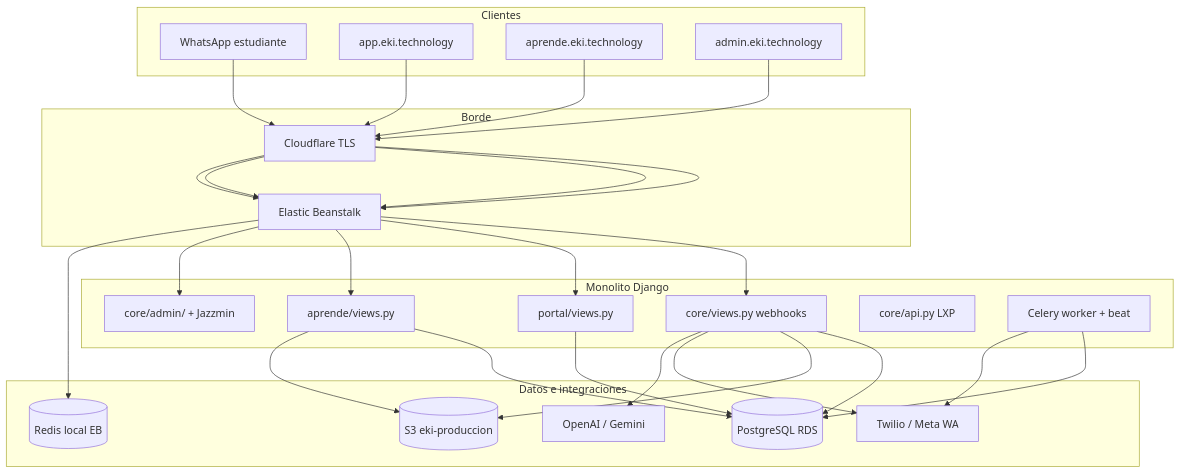
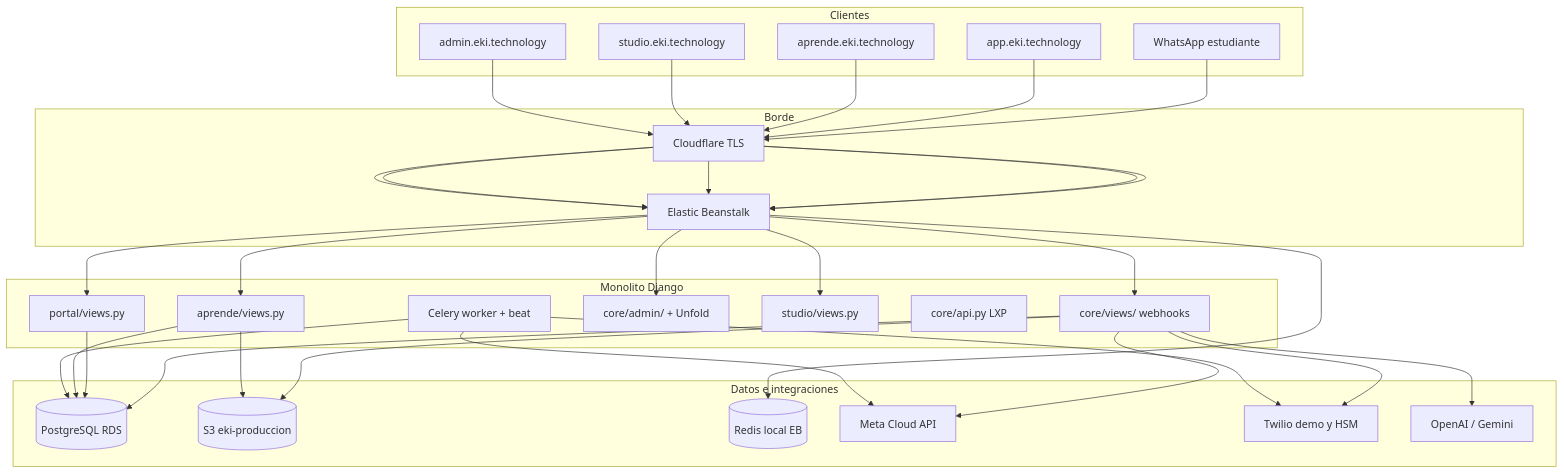
The first of 2 diagrams in docs/AUDITORIA_ARQUITECTURA_EKI.md (luxian40-lab/mvp), drawn with Mermaid before and after one commit. The commit also changed other lines of this file and 19 other files, not shown here.

````diff
--- a/docs/AUDITORIA_ARQUITECTURA_EKI.md
+++ b/docs/AUDITORIA_ARQUITECTURA_EKI.md
@@ -27,46 +29,52 @@
 ```mermaid
 flowchart TB
     subgraph clients [Clientes]
         WA[WhatsApp estudiante]
         APP[app.eki.technology]
         APR[aprende.eki.technology]
+        STU[studio.eki.technology]
         ADM[admin.eki.technology]
     end
 
     subgraph edge [Borde]
         CF[Cloudflare TLS]
         EB[Elastic Beanstalk]
     end
 
     subgraph django [Monolito Django]
-        WH[core/views.py webhooks]
+        WH[core/views/ webhooks]
         POR[portal/views.py]
         APRV[aprende/views.py]
-        ADM_PKG[core/admin/ + Jazzmin]
+        ADM_PKG[core/admin/ + Unfold]
+        STUV[studio/views.py]
         API[core/api.py LXP]
         CEL[Celery worker + beat]
     end
 
     subgraph data [Datos e integraciones]
         RDS[(PostgreSQL RDS)]
         S3[(S3 eki-produccion)]
         REDIS[(Redis local EB)]
-        TW[Twilio / Meta WA]
+        META[Meta Cloud API]
+        TW[Twilio demo y HSM]
         OAI[OpenAI / Gemini]
     end
 
     WA --> CF --> EB --> WH
     APP --> CF --> EB --> POR
     APR --> CF --> EB --> APRV
+    STU --> CF --> EB --> STUV
     ADM --> CF --> EB --> ADM_PKG
     WH --> RDS
     POR --> RDS
     APRV --> RDS
     WH --> S3
     APRV --> S3
+    WH --> META
     WH --> TW
     CEL --> RDS
     CEL --> TW
+    CEL --> META
     EB --> REDIS
     WH --> OAI
 ```
````
